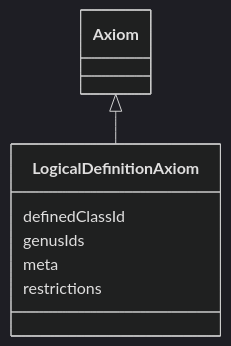
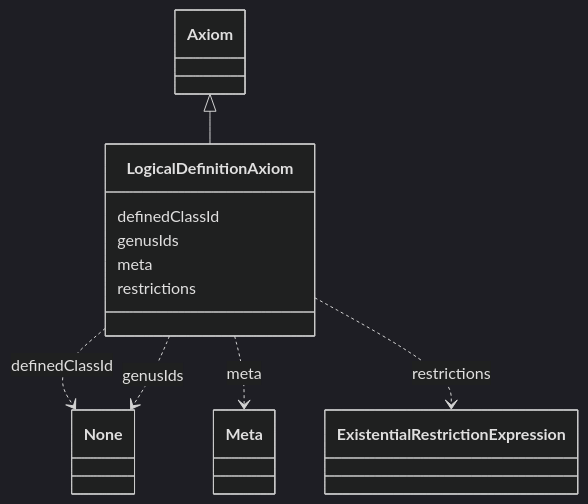
The diagram in obograph/LogicalDefinitionAxiom.md (INCATools/ontology-access-kit), drawn with Mermaid (dark theme) before and after one commit. The commit also changed other lines of this file and 1783 other files, not shown here.

````diff
--- a/obograph/LogicalDefinitionAxiom.md
+++ b/obograph/LogicalDefinitionAxiom.md
@@ -11,11 +11,23 @@
 ```{mermaid}
  classDiagram
     class LogicalDefinitionAxiom
       Axiom <|-- LogicalDefinitionAxiom
       
       LogicalDefinitionAxiom : definedClassId
+        
+          LogicalDefinitionAxiom ..> None : definedClassId
+        
       LogicalDefinitionAxiom : genusIds
+        
+          LogicalDefinitionAxiom ..> None : genusIds
+        
       LogicalDefinitionAxiom : meta
+        
+          LogicalDefinitionAxiom ..> Meta : meta
+        
       LogicalDefinitionAxiom : restrictions
+        
+          LogicalDefinitionAxiom ..> ExistentialRestrictionExpression : restrictions
+        
       
 ```
````
